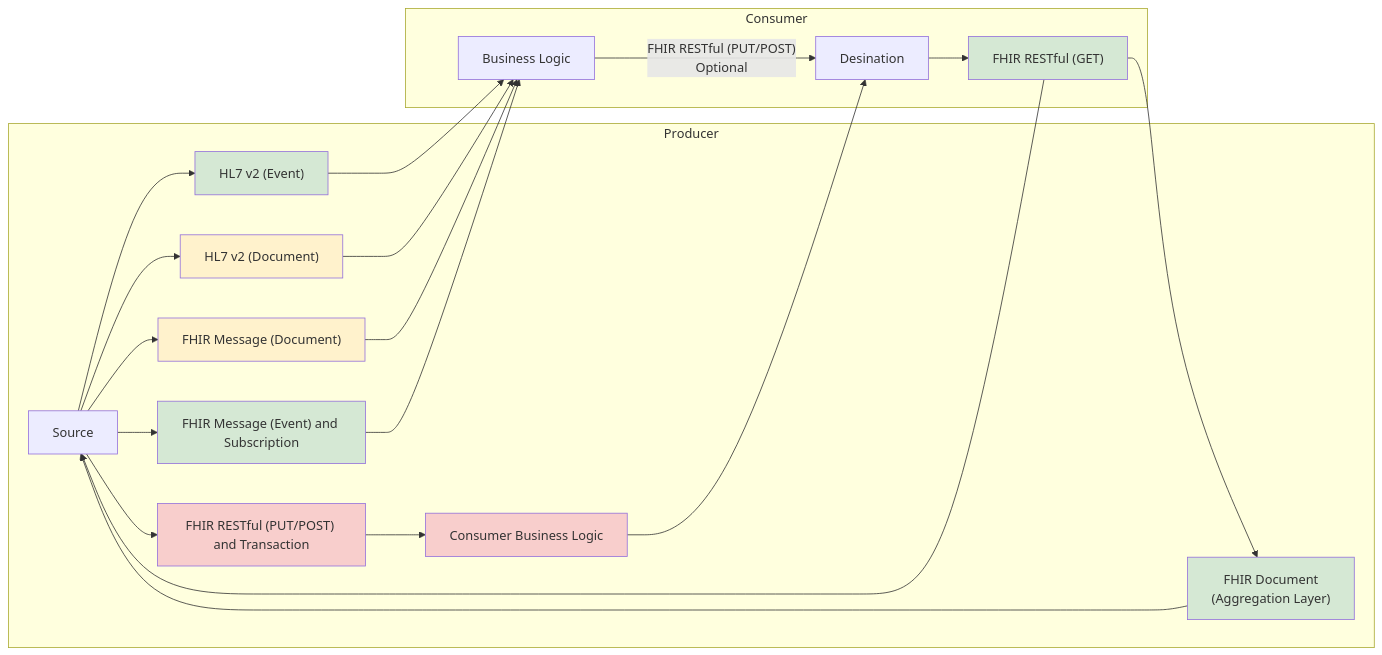
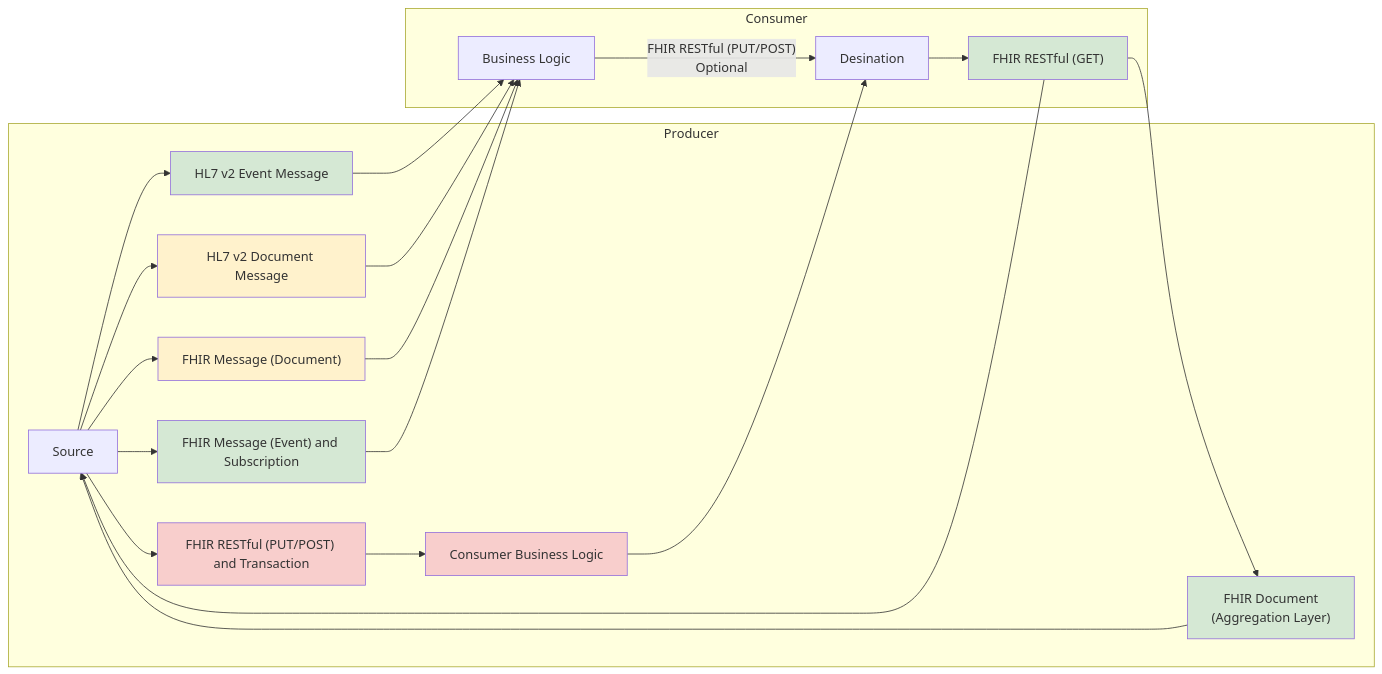
Before and after one commit to uk-gov-mirror/nw-gmsa.nw-gmsa.github.com: the diagram in input/pagecontent/exchange.md, drawn with Mermaid.

Commit message:
Specimen

````diff
--- a/input/pagecontent/exchange.md
+++ b/input/pagecontent/exchange.md
@@ -1,42 +1,42 @@
 ```mermaid
 graph LR;
 
 subgraph Producer;
     s[Source]
     s --> v2E
     s --> v2D
-    v2E["HL7 v2 (Event)"]
-    v2D["HL7 v2 (Document)"]
+    v2E["HL7 v2 Event Message"]
+    v2D["HL7 v2 Document Message"]
     s --> fMessage["FHIR Message (Document)"]
     s --> fEvent["FHIR Message (Event) and Subscription"]
     s --> rest["FHIR RESTful (PUT/POST) and Transaction"]
     rB[Consumer Business Logic]
 
     rest --> rB
     Agg["FHIR Document<br/>(Aggregation Layer)"]
     Agg --> s
 end 
 
 subgraph Consumer
     B[Business Logic]
     d[Desination]
     B --> |"FHIR RESTful (PUT/POST)<br/>Optional"| d
     d --> restC["FHIR RESTful (GET)"]
 end 
 
 v2E --> B
 v2D --> B
 fMessage --> B
 fEvent --> B
 rB --> d
 restC --> s
 restC --> Agg
 
 classDef pink fill:#F8CECC
 classDef green fill:#D5E8D4;
 classDef yellow fill:#FFF2CC;
 
 class restC,v2E,fEvent,Agg green
 class rest,rB pink
 class v2D,fMessage yellow
 ```
````
